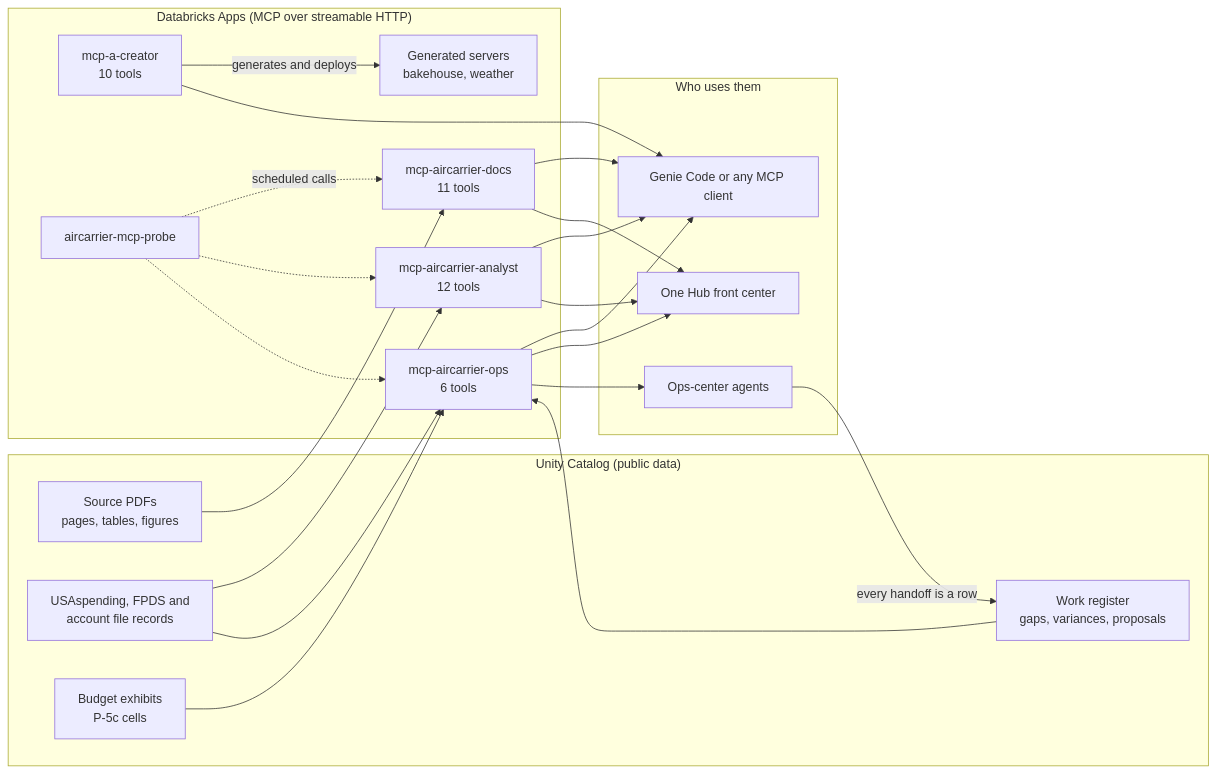
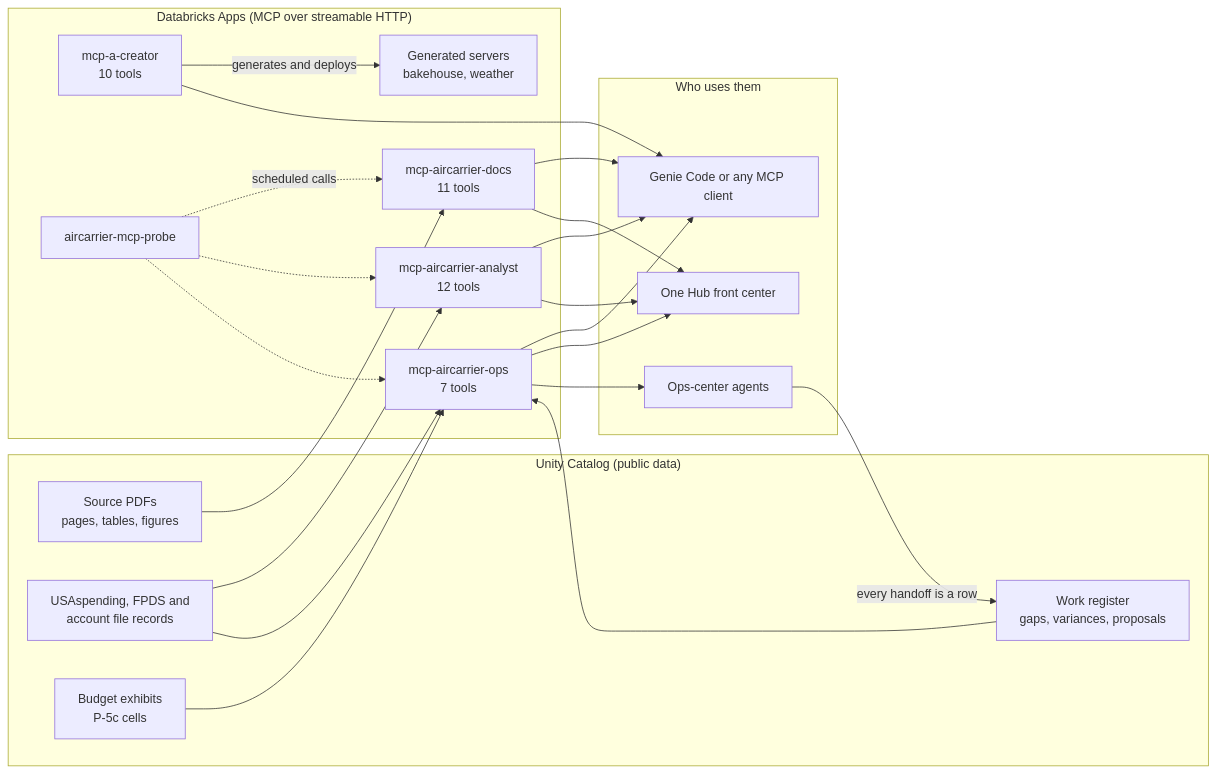
Before and after one commit to gsa-mcp-hackathon/gsa-hackathon-mcp-creator-and-agent-for-air-carrier: the second of 2 diagrams in README.md, drawn with Mermaid. The commit also changed other lines of this file and 7 other files, not shown here.

````diff
--- a/README.md
+++ b/README.md
@@ -463,40 +464,40 @@
 ```mermaid
 flowchart LR
   subgraph Data["Unity Catalog (public data)"]
     PDF[Source PDFs<br/>pages, tables, figures]
     TX[USAspending, FPDS and<br/>account file records]
     EX[Budget exhibits<br/>P-5c cells]
     WR[Work register<br/>gaps, variances, proposals]
   end
   subgraph Apps["Databricks Apps (MCP over streamable HTTP)"]
     CR[mcp-a-creator<br/>10 tools]
     DOC[mcp-aircarrier-docs<br/>11 tools]
     AN[mcp-aircarrier-analyst<br/>12 tools]
-    OPS[mcp-aircarrier-ops<br/>6 tools]
+    OPS[mcp-aircarrier-ops<br/>7 tools]
     GEN[Generated servers<br/>bakehouse, weather]
     PR[aircarrier-mcp-probe]
   end
   subgraph Use["Who uses them"]
     GC[Genie Code or any MCP client]
     FC[One Hub front center]
     AG[Ops-center agents]
   end
   PDF --> DOC
   TX --> AN
   TX --> OPS
   EX --> OPS
   WR --> OPS
   CR -- generates and deploys --> GEN
   DOC --> GC
   AN --> GC
   OPS --> GC
   CR --> GC
   DOC --> FC
   AN --> FC
   OPS --> FC
   OPS --> AG
   AG -- every handoff is a row --> WR
   PR -. scheduled calls .-> DOC
   PR -.-> AN
   PR -.-> OPS
 ```
````
